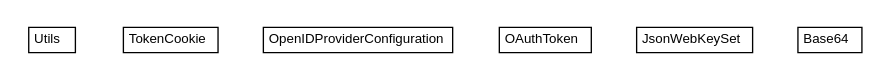
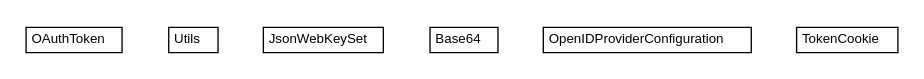
The diagram in apidocs/net/trajano/auth/internal/net.trajano.auth.internal.dot (trajano/server-auth-modules), drawn with Graphviz before and after one commit. The commit also changed 177 other files, not shown here.

```diff
--- a/apidocs/net/trajano/auth/internal/net.trajano.auth.internal.dot
+++ b/apidocs/net/trajano/auth/internal/net.trajano.auth.internal.dot
@@ -1,48 +1,48 @@
 #!/usr/local/bin/dot
 #
 # Class diagram 
 # Generated by UMLGraph version R5_6-24-gf6e263 (http://www.umlgraph.org/)
 #
 
 digraph G {
-	edge [fontname="arial",fontsize=10,labelfontname="arial",labelfontsize=10];
-	node [fontname="arial",fontsize=10,shape=plaintext];
+	edge [fontname="Helvetica",fontsize=10,labelfontname="Helvetica",labelfontsize=10];
+	node [fontname="Helvetica",fontsize=10,shape=plaintext];
 	nodesep=0.25;
 	ranksep=0.5;
+	// net.trajano.auth.internal.OAuthToken
+	c14 [label=<<table title="net.trajano.auth.internal.OAuthToken" border="0" cellborder="1" cellspacing="0" cellpadding="2" port="p" href="./OAuthToken.html">
+		<tr><td><table border="0" cellspacing="0" cellpadding="1">
+<tr><td align="center" balign="center"> OAuthToken </td></tr>
+		</table></td></tr>
+		</table>>, URL="./OAuthToken.html", fontname="Helvetica", fontcolor="black", fontsize=10.0];
 	// net.trajano.auth.internal.Utils
-	c14 [label=<<table title="net.trajano.auth.internal.Utils" border="0" cellborder="1" cellspacing="0" cellpadding="2" port="p" href="./Utils.html">
+	c15 [label=<<table title="net.trajano.auth.internal.Utils" border="0" cellborder="1" cellspacing="0" cellpadding="2" port="p" href="./Utils.html">
 		<tr><td><table border="0" cellspacing="0" cellpadding="1">
 <tr><td align="center" balign="center"> Utils </td></tr>
 		</table></td></tr>
-		</table>>, URL="./Utils.html", fontname="arial", fontcolor="black", fontsize=10.0];
+		</table>>, URL="./Utils.html", fontname="Helvetica", fontcolor="black", fontsize=10.0];
+	// net.trajano.auth.internal.JsonWebKeySet
+	c16 [label=<<table title="net.trajano.auth.internal.JsonWebKeySet" border="0" cellborder="1" cellspacing="0" cellpadding="2" port="p" href="./JsonWebKeySet.html">
+		<tr><td><table border="0" cellspacing="0" cellpadding="1">
+<tr><td align="center" balign="center"> JsonWebKeySet </td></tr>
+		</table></td></tr>
+		</table>>, URL="./JsonWebKeySet.html", fontname="Helvetica", fontcolor="black", fontsize=10.0];
+	// net.trajano.auth.internal.Base64
+	c17 [label=<<table title="net.trajano.auth.internal.Base64" border="0" cellborder="1" cellspacing="0" cellpadding="2" port="p" href="./Base64.html">
+		<tr><td><table border="0" cellspacing="0" cellpadding="1">
+<tr><td align="center" balign="center"> Base64 </td></tr>
+		</table></td></tr>
+		</table>>, URL="./Base64.html", fontname="Helvetica", fontcolor="black", fontsize=10.0];
+	// net.trajano.auth.internal.OpenIDProviderConfiguration
+	c18 [label=<<table title="net.trajano.auth.internal.OpenIDProviderConfiguration" border="0" cellborder="1" cellspacing="0" cellpadding="2" port="p" href="./OpenIDProviderConfiguration.html">
+		<tr><td><table border="0" cellspacing="0" cellpadding="1">
+<tr><td align="center" balign="center"> OpenIDProviderConfiguration </td></tr>
+		</table></td></tr>
+		</table>>, URL="./OpenIDProviderConfiguration.html", fontname="Helvetica", fontcolor="black", fontsize=10.0];
 	// net.trajano.auth.internal.TokenCookie
-	c15 [label=<<table title="net.trajano.auth.internal.TokenCookie" border="0" cellborder="1" cellspacing="0" cellpadding="2" port="p" href="./TokenCookie.html">
+	c19 [label=<<table title="net.trajano.auth.internal.TokenCookie" border="0" cellborder="1" cellspacing="0" cellpadding="2" port="p" href="./TokenCookie.html">
 		<tr><td><table border="0" cellspacing="0" cellpadding="1">
 <tr><td align="center" balign="center"> TokenCookie </td></tr>
 		</table></td></tr>
-		</table>>, URL="./TokenCookie.html", fontname="arial", fontcolor="black", fontsize=10.0];
-	// net.trajano.auth.internal.OpenIDProviderConfiguration
-	c16 [label=<<table title="net.trajano.auth.internal.OpenIDProviderConfiguration" border="0" cellborder="1" cellspacing="0" cellpadding="2" port="p" href="./OpenIDProviderConfiguration.html">
-		<tr><td><table border="0" cellspacing="0" cellpadding="1">
-<tr><td align="center" balign="center"> OpenIDProviderConfiguration </td></tr>
-		</table></td></tr>
-		</table>>, URL="./OpenIDProviderConfiguration.html", fontname="arial", fontcolor="black", fontsize=10.0];
-	// net.trajano.auth.internal.OAuthToken
-	c17 [label=<<table title="net.trajano.auth.internal.OAuthToken" border="0" cellborder="1" cellspacing="0" cellpadding="2" port="p" href="./OAuthToken.html">
-		<tr><td><table border="0" cellspacing="0" cellpadding="1">
-<tr><td align="center" balign="center"> OAuthToken </td></tr>
-		</table></td></tr>
-		</table>>, URL="./OAuthToken.html", fontname="arial", fontcolor="black", fontsize=10.0];
-	// net.trajano.auth.internal.JsonWebKeySet
-	c18 [label=<<table title="net.trajano.auth.internal.JsonWebKeySet" border="0" cellborder="1" cellspacing="0" cellpadding="2" port="p" href="./JsonWebKeySet.html">
-		<tr><td><table border="0" cellspacing="0" cellpadding="1">
-<tr><td align="center" balign="center"> JsonWebKeySet </td></tr>
-		</table></td></tr>
-		</table>>, URL="./JsonWebKeySet.html", fontname="arial", fontcolor="black", fontsize=10.0];
-	// net.trajano.auth.internal.Base64
-	c19 [label=<<table title="net.trajano.auth.internal.Base64" border="0" cellborder="1" cellspacing="0" cellpadding="2" port="p" href="./Base64.html">
-		<tr><td><table border="0" cellspacing="0" cellpadding="1">
-<tr><td align="center" balign="center"> Base64 </td></tr>
-		</table></td></tr>
-		</table>>, URL="./Base64.html", fontname="arial", fontcolor="black", fontsize=10.0];
+		</table>>, URL="./TokenCookie.html", fontname="Helvetica", fontcolor="black", fontsize=10.0];
 }
```
